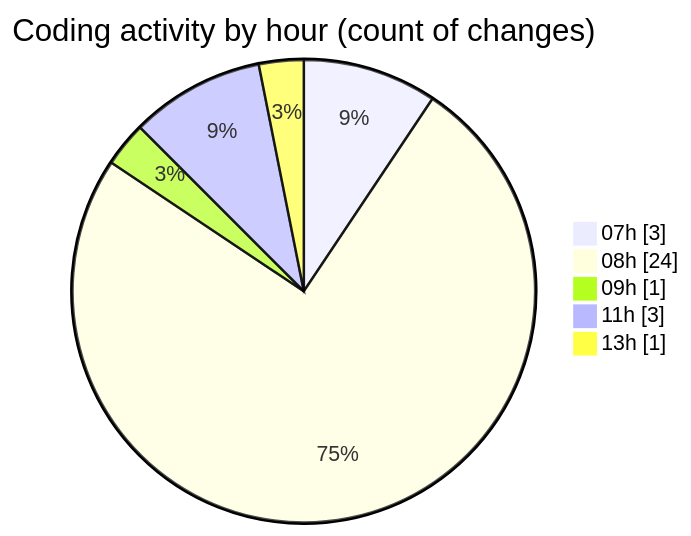
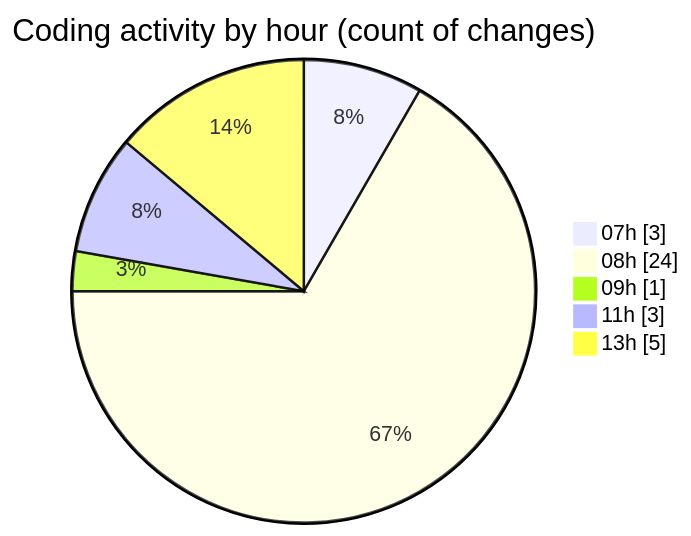
One commit to becaeroporto-bot/code-tracking changed the second of 2 diagrams in 2026-02-20/bot_i_a/README.md. Above: the diagram before and after it, drawn with Mermaid. The commit also changed other lines of this file and 1 other file, not shown here.

````diff
--- a/2026-02-20/bot_i_a/README.md
+++ b/2026-02-20/bot_i_a/README.md
@@ -45,9 +47,9 @@
 ```mermaid
 pie showData
 title Coding activity by hour (count of changes)
 "07h" : 3
 "08h" : 24
 "09h" : 1
 "11h" : 3
-"13h" : 1
+"13h" : 5
 ```
````
